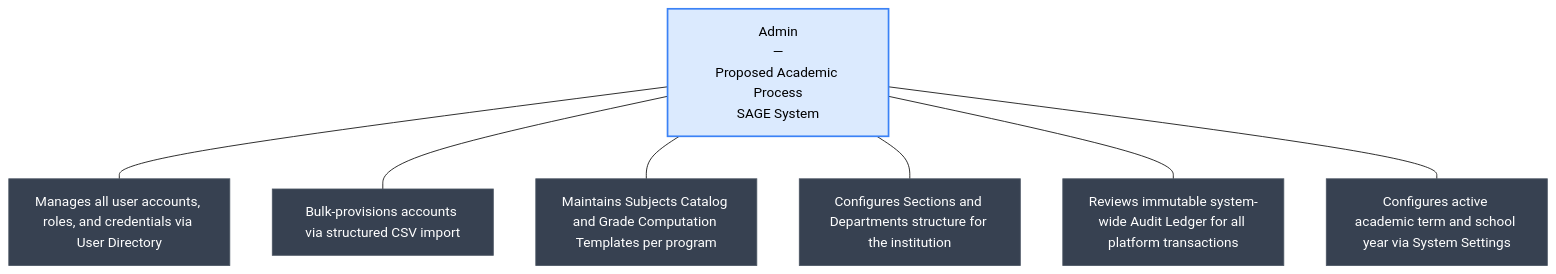
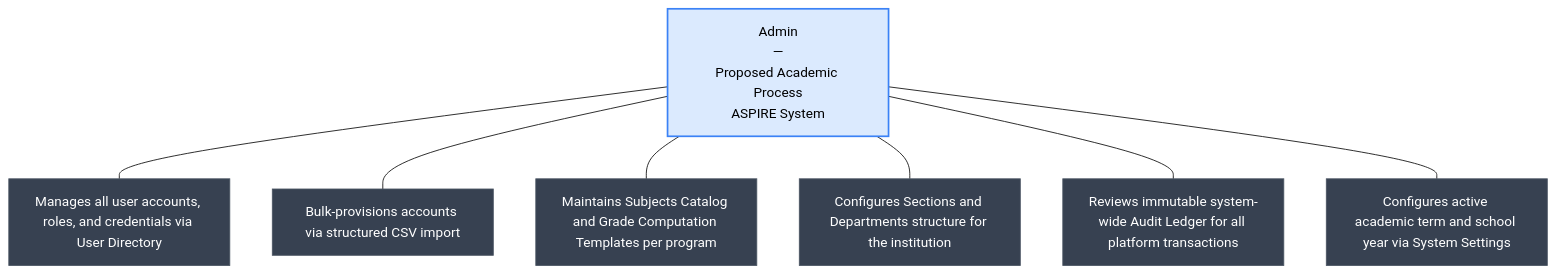
One commit to kurarensu16/sage changed the ninth of 18 diagrams in docs/references/Chapter12_Text_Updated.md. Above: the diagram before and after it, drawn with Mermaid (base theme). The commit also changed other lines of this file and 96 other files, not shown here.

Commit message:
feat: complete ASPIRE system updates

````diff
--- a/docs/references/Chapter12_Text_Updated.md
+++ b/docs/references/Chapter12_Text_Updated.md
@@ -711,21 +711,21 @@
 ```mermaid
 graph TD
     classDef center fill:#dbeafe,stroke:#3b82f6,stroke-width:2px,color:#000;
     classDef spoke  fill:#374151,stroke:#4b5563,stroke-width:1px,color:#fff;
 
-    CENTER["Admin<br>—<br>Proposed Academic Process<br>SAGE System"]:::center
+    CENTER["Admin<br>—<br>Proposed Academic Process<br>ASPIRE System"]:::center
 
     S1["Manages all user accounts, roles, and credentials via User Directory"]:::spoke
     S2["Bulk-provisions accounts via structured CSV import"]:::spoke
     S3["Maintains Subjects Catalog and Grade Computation Templates per program"]:::spoke
     S4["Configures Sections and Departments structure for the institution"]:::spoke
     S5["Reviews immutable system-wide Audit Ledger for all platform transactions"]:::spoke
     S6["Configures active academic term and school year via System Settings"]:::spoke
 
     CENTER --- S1
     CENTER --- S2
     CENTER --- S3
     CENTER --- S4
     CENTER --- S5
     CENTER --- S6
 ```
````
